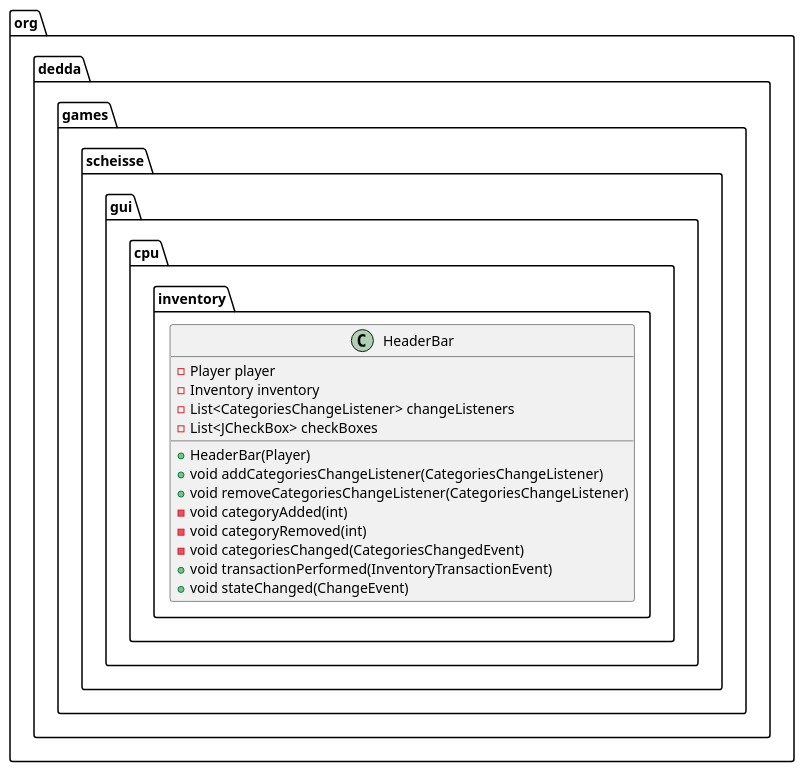
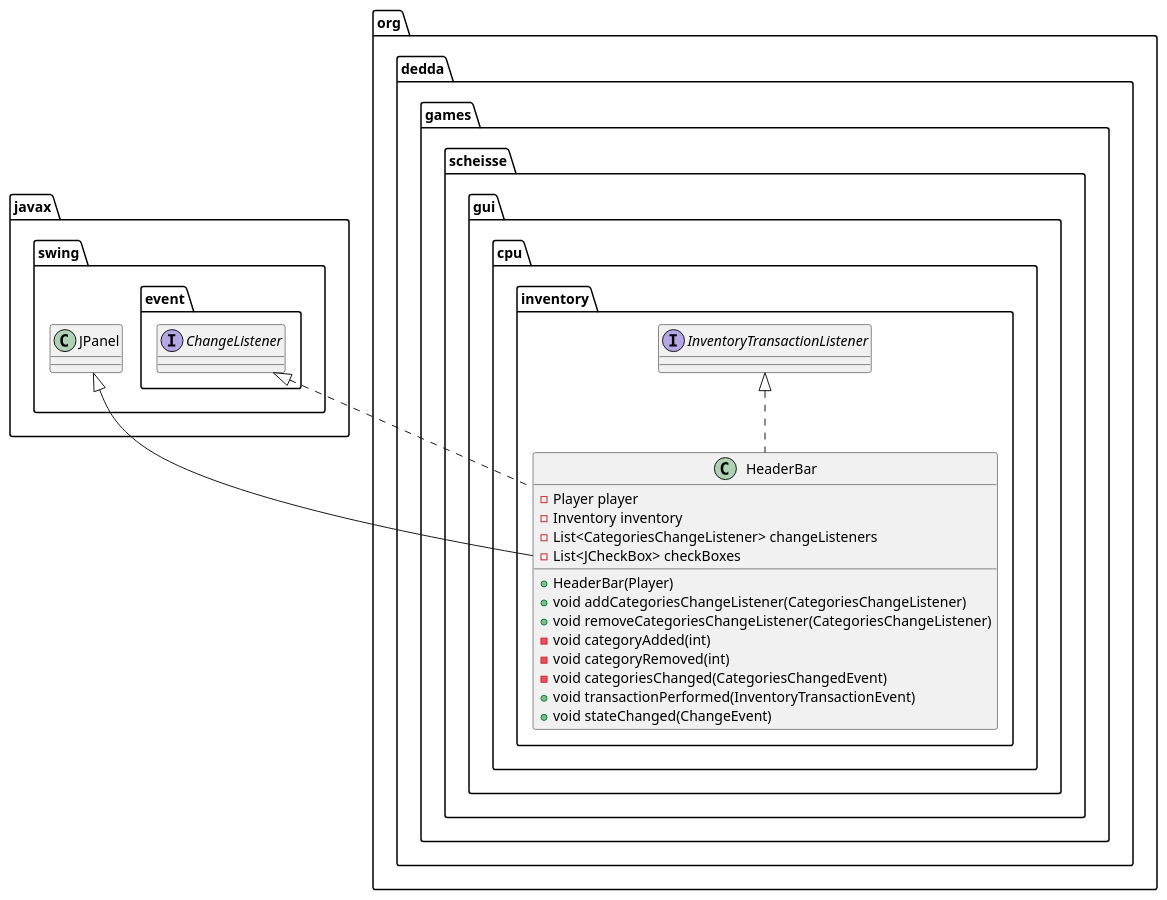
Before and after one commit to gitter-badger/scheisse: the diagram in uml/classes/org.dedda.games.scheisse.gui.cpu.inventory.HeaderBar.puml, drawn with PlantUML. The commit also changed 14 other files, not shown here.

Commit message:
extended puml class diagram a bit

```diff
--- a/uml/classes/org.dedda.games.scheisse.gui.cpu.inventory.HeaderBar.puml
+++ b/uml/classes/org.dedda.games.scheisse.gui.cpu.inventory.HeaderBar.puml
@@ -1,16 +1,24 @@
 @startuml
+class javax.swing.JPanel
+interface org.dedda.games.scheisse.gui.cpu.inventory.InventoryTransactionListener
+interface javax.swing.event.ChangeListener
+
 class org.dedda.games.scheisse.gui.cpu.inventory.HeaderBar{
     - Player player
     - Inventory inventory
     - List<CategoriesChangeListener> changeListeners
     - List<JCheckBox> checkBoxes
     + HeaderBar(Player)
     + void addCategoriesChangeListener(CategoriesChangeListener)
     + void removeCategoriesChangeListener(CategoriesChangeListener)
     - void categoryAdded(int)
     - void categoryRemoved(int)
     - void categoriesChanged(CategoriesChangedEvent)
     + void transactionPerformed(InventoryTransactionEvent)
     + void stateChanged(ChangeEvent)
 }
+
+javax.swing.JPanel <|-- org.dedda.games.scheisse.gui.cpu.inventory.HeaderBar
+org.dedda.games.scheisse.gui.cpu.inventory.InventoryTransactionListener <|.. org.dedda.games.scheisse.gui.cpu.inventory.HeaderBar
+javax.swing.event.ChangeListener <|.. org.dedda.games.scheisse.gui.cpu.inventory.HeaderBar
 @enduml
```
